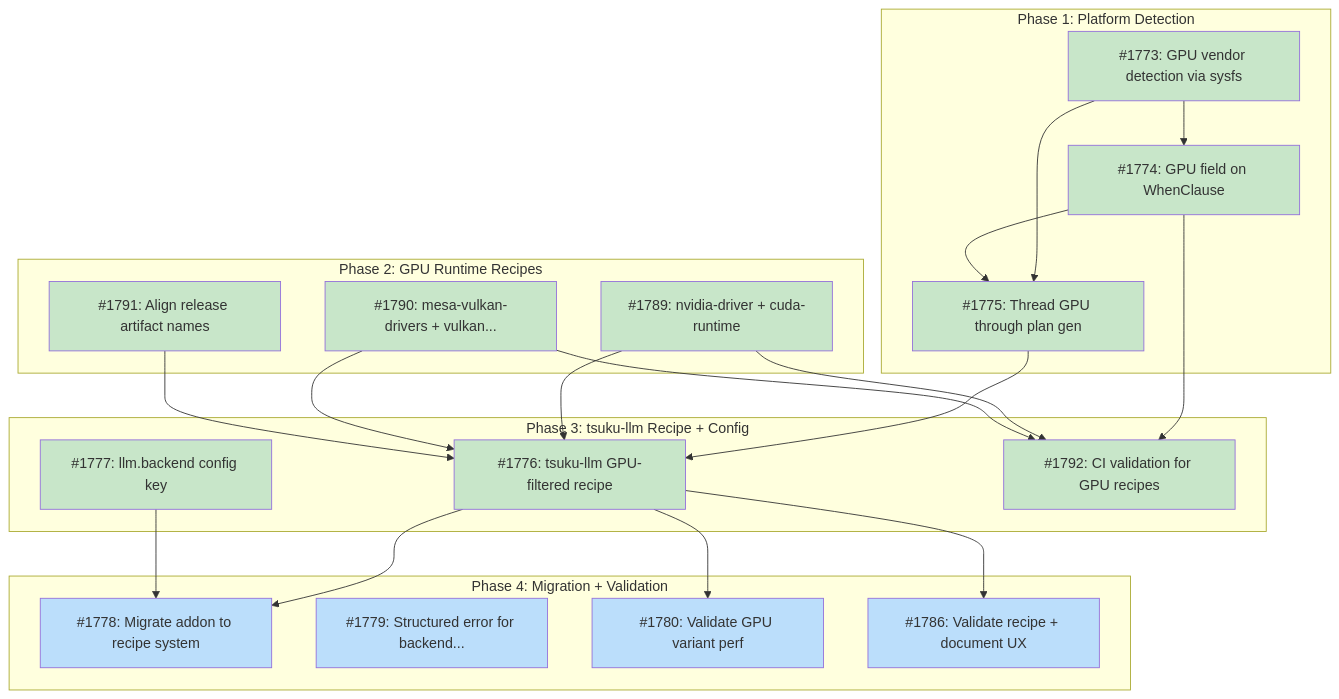
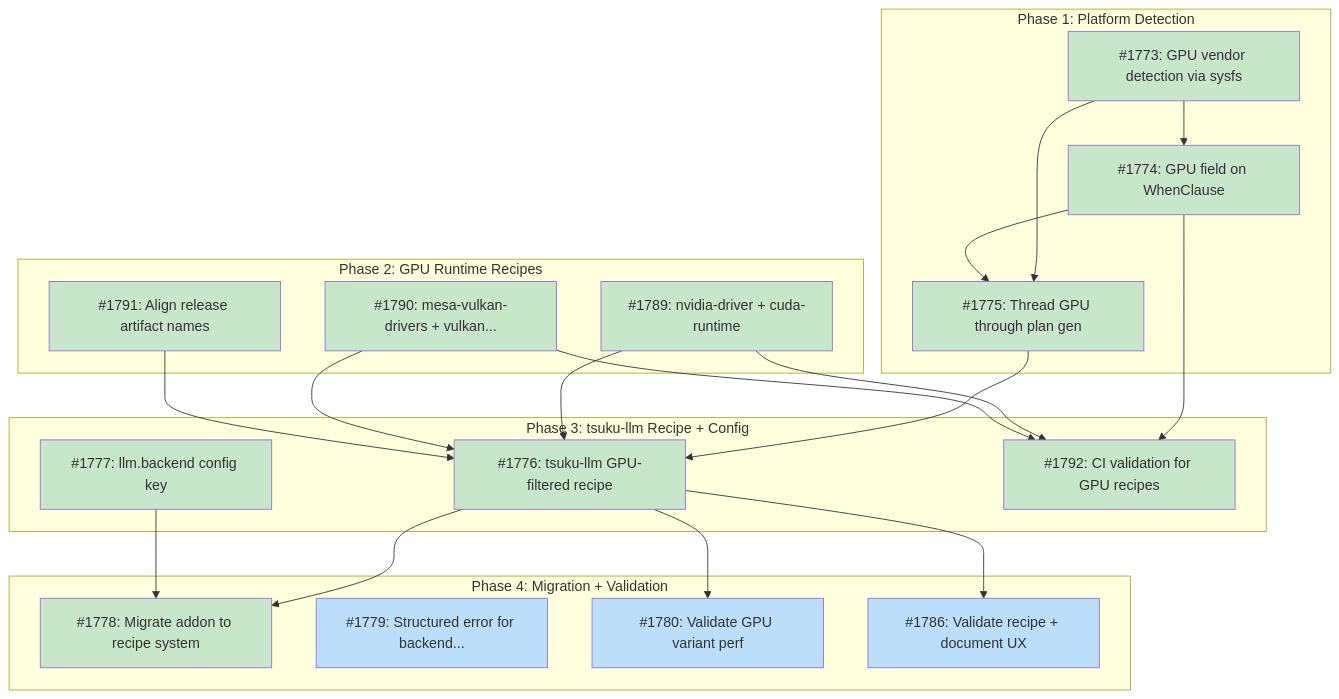
Before and after one commit to tsukumogami/tsuku: the diagram in docs/designs/DESIGN-gpu-backend-selection.md, drawn with Mermaid. The commit also changed other lines of this file and 5 other files, not shown here.

````diff
--- a/docs/designs/DESIGN-gpu-backend-selection.md
+++ b/docs/designs/DESIGN-gpu-backend-selection.md
@@ -72,51 +72,51 @@
 ```mermaid
 graph TD
     subgraph Phase1["Phase 1: Platform Detection"]
         I1773["#1773: GPU vendor detection via sysfs"]
         I1774["#1774: GPU field on WhenClause"]
         I1775["#1775: Thread GPU through plan gen"]
     end
 
     subgraph Phase2["Phase 2: GPU Runtime Recipes"]
         I1789["#1789: nvidia-driver + cuda-runtime"]
         I1790["#1790: mesa-vulkan-drivers + vulkan..."]
         I1791["#1791: Align release artifact names"]
     end
 
     subgraph Phase3["Phase 3: tsuku-llm Recipe + Config"]
         I1776["#1776: tsuku-llm GPU-filtered recipe"]
         I1777["#1777: llm.backend config key"]
         I1792["#1792: CI validation for GPU recipes"]
     end
 
     subgraph Phase4["Phase 4: Migration + Validation"]
         I1778["#1778: Migrate addon to recipe system"]
         I1779["#1779: Structured error for backend..."]
         I1780["#1780: Validate GPU variant perf"]
         I1786["#1786: Validate recipe + document UX"]
     end
 
     I1773 --> I1774
     I1773 --> I1775
     I1774 --> I1775
     I1774 --> I1792
     I1789 --> I1792
     I1790 --> I1792
     I1775 --> I1776
     I1789 --> I1776
     I1790 --> I1776
     I1791 --> I1776
     I1776 --> I1778
     I1777 --> I1778
     I1776 --> I1780
     I1776 --> I1786
 
     classDef done fill:#c8e6c9
     classDef ready fill:#bbdefb
     classDef blocked fill:#fff9c4
     classDef needsDesign fill:#e1bee7
     classDef tracksDesign fill:#FFE0B2,stroke:#F57C00,color:#000
 
-    class I1773,I1774,I1775,I1776,I1777,I1789,I1790,I1791,I1792 done
-    class I1778,I1779,I1780,I1786 ready
+    class I1773,I1774,I1775,I1776,I1777,I1778,I1789,I1790,I1791,I1792 done
+    class I1779,I1780,I1786 ready
 ```
````
